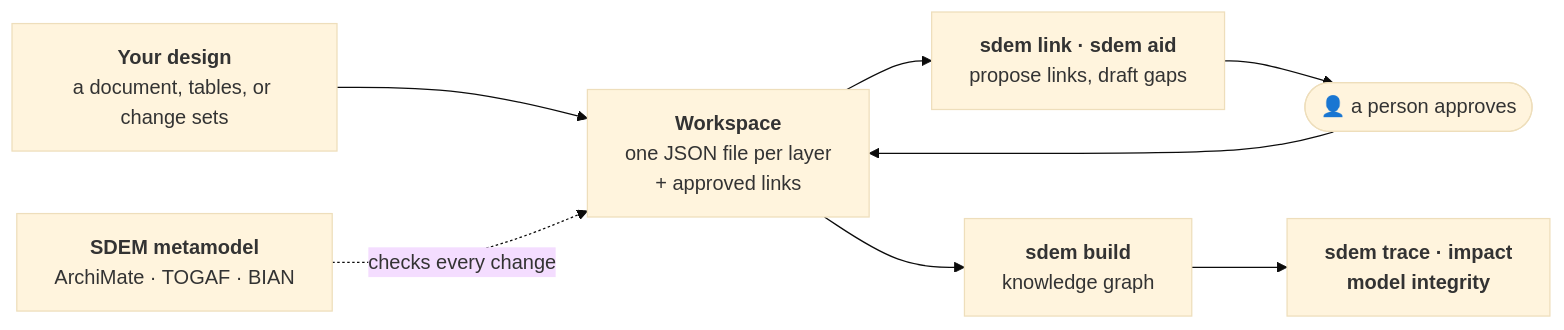
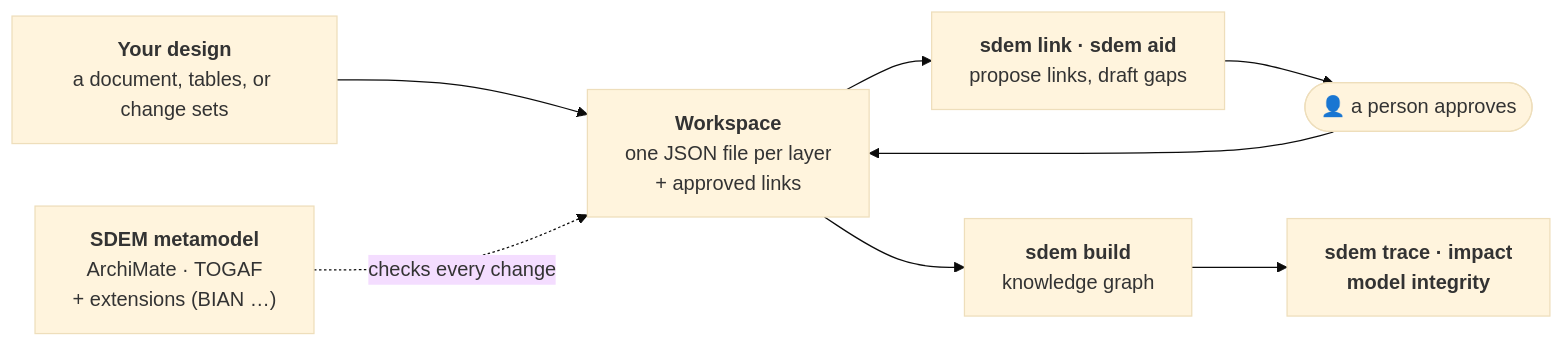
The diagram in README.md (taumoeps/bian-sdem-framework), drawn with Mermaid (base theme) before and after one commit. The commit also changed other lines of this file and 5 other files, not shown here.

````diff
--- a/README.md
+++ b/README.md
@@ -142,10 +193,10 @@
 ```mermaid
 flowchart LR
     D["<b>Your design</b><br/>a document, tables, or change sets"] --> W["<b>Workspace</b><br/>one JSON file per layer<br/>+ approved links"]
-    MM["<b>SDEM metamodel</b><br/>ArchiMate · TOGAF · BIAN"] -. "checks every change" .-> W
+    MM["<b>SDEM metamodel</b><br/>ArchiMate · TOGAF<br/>+ extensions (BIAN …)"] -. "checks every change" .-> W
     W --> L["<b>sdem link · sdem aid</b><br/>propose links, draft gaps"]
     L --> P(["👤 a person approves"])
     P --> W
     W --> G["<b>sdem build</b><br/>knowledge graph"]
     G --> T["<b>sdem trace · impact</b><br/><b>model integrity</b>"]
 ```
````
